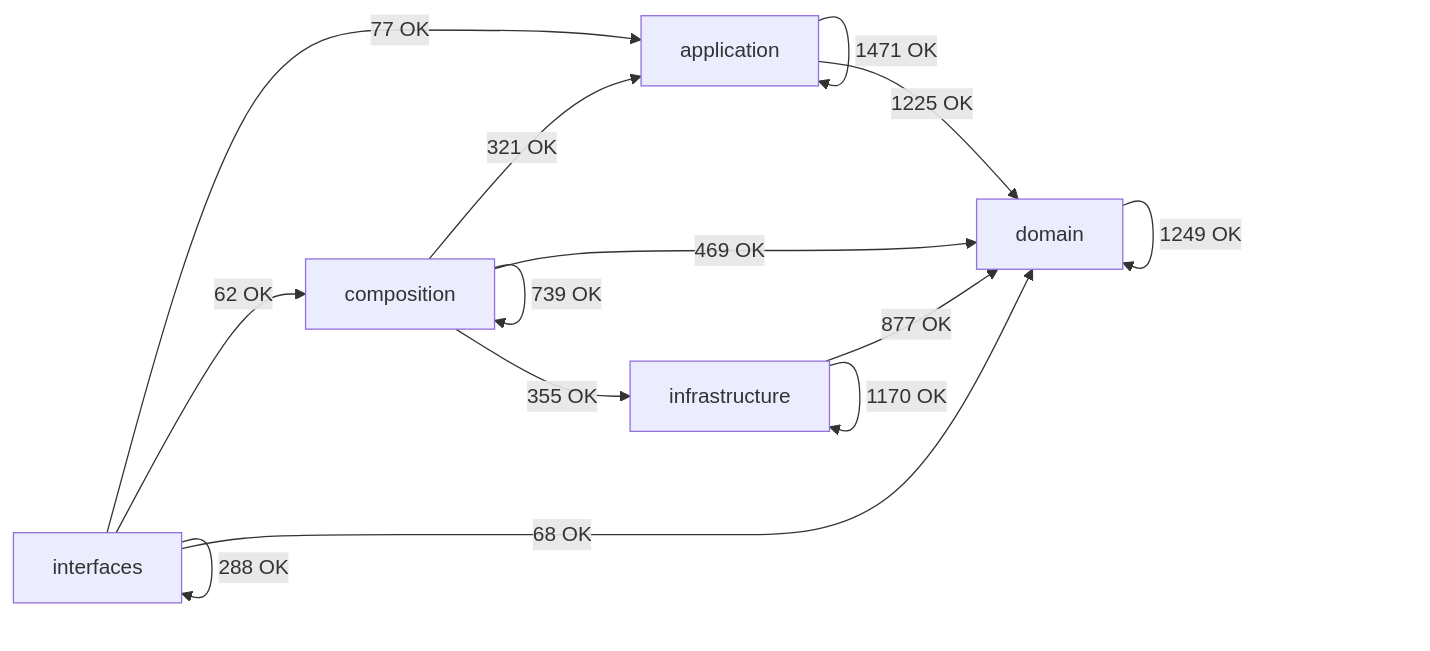
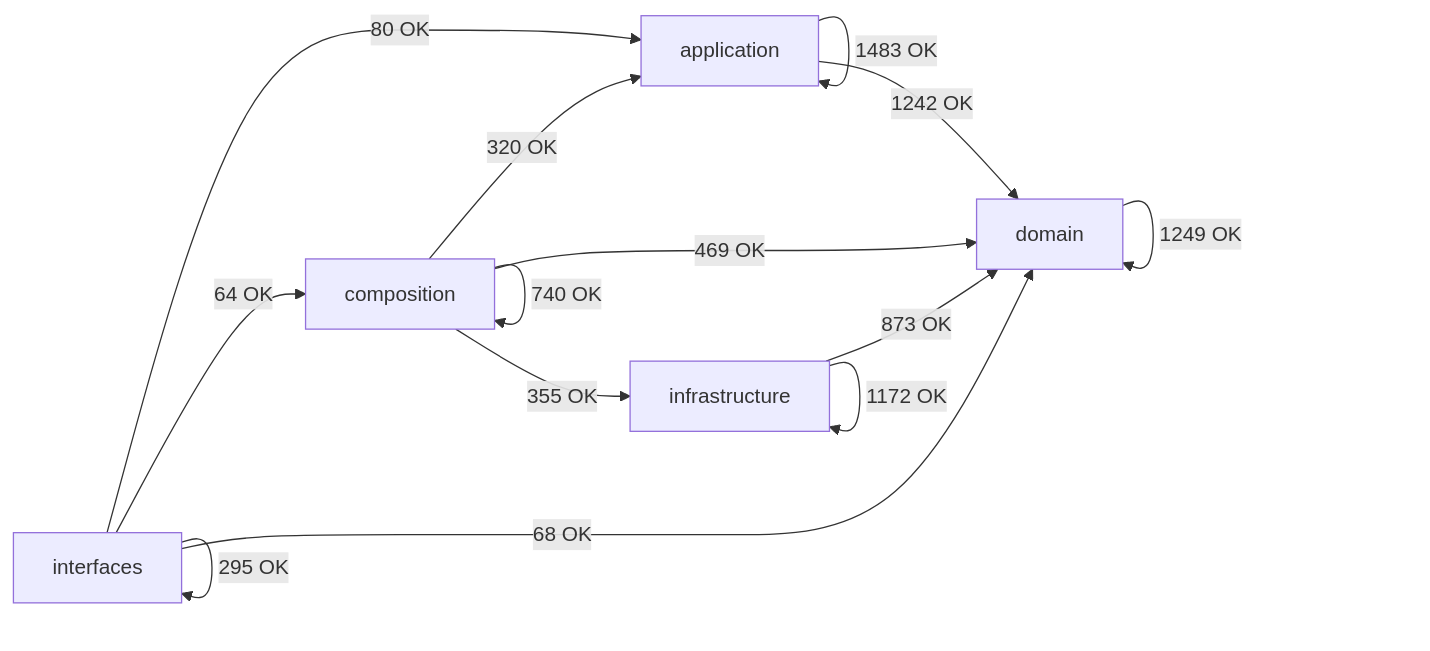
Before and after one commit to SatoryKono/BioactivityDataAcquisition: the diagram in docs/02-architecture/generated/module-dependency-map.md, drawn with Mermaid. The commit also changed other lines of this file and 20 other files, not shown here.

````diff
--- a/docs/02-architecture/generated/module-dependency-map.md
+++ b/docs/02-architecture/generated/module-dependency-map.md
@@ -17,21 +17,21 @@
 ```mermaid
 flowchart LR
     domain[domain]
     application[application]
     infrastructure[infrastructure]
     composition[composition]
     interfaces[interfaces]
-    application -->|1471 OK| application
-    application -->|1225 OK| domain
-    composition -->|321 OK| application
-    composition -->|739 OK| composition
+    application -->|1483 OK| application
+    application -->|1242 OK| domain
+    composition -->|320 OK| application
+    composition -->|740 OK| composition
     composition -->|469 OK| domain
     composition -->|355 OK| infrastructure
     domain -->|1249 OK| domain
-    infrastructure -->|877 OK| domain
-    infrastructure -->|1170 OK| infrastructure
-    interfaces -->|77 OK| application
-    interfaces -->|62 OK| composition
+    infrastructure -->|873 OK| domain
+    infrastructure -->|1172 OK| infrastructure
+    interfaces -->|80 OK| application
+    interfaces -->|64 OK| composition
     interfaces -->|68 OK| domain
-    interfaces -->|288 OK| interfaces
+    interfaces -->|295 OK| interfaces
 ```
````
